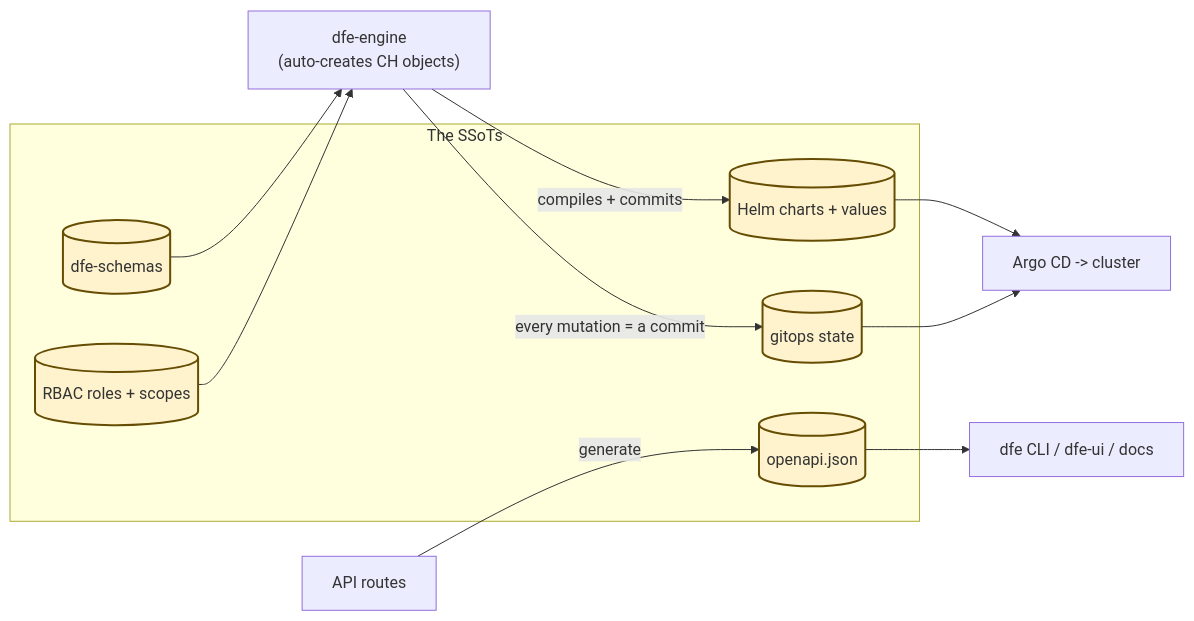
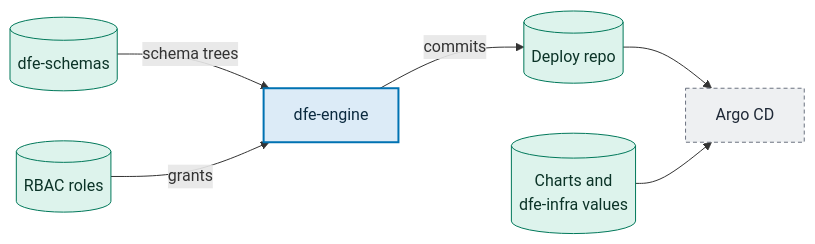
Before and after one commit to hyperi-io/dfe-engine: the second of 3 diagrams in docs/control-plane/README.md, drawn with Mermaid. The commit also changed other lines of this file and 71 other files, not shown here.

First line of the commit message:
docs(engine): fix 159 claims and redraw every diagram

````diff
--- a/docs/control-plane/README.md
+++ b/docs/control-plane/README.md
@@ -55,22 +59,30 @@
 ```mermaid
 flowchart LR
-    subgraph SSoT["The SSoTs"]
-        api[("openapi.json")]
-        schema[("dfe-schemas")]
-        helm[("Helm charts + values")]
-        state[("gitops state")]
-        rbac[("RBAC roles + scopes")]
-    end
+    accTitle: L4 Detail -- Control-plane sources of truth
+    accDescr: The engine reads the dfe-schemas trees and the RBAC roles, and commits overlays and config to the deploy repo. Argo CD syncs the deploy repo together with the charts and dfe-infra values.
 
-    routes["API routes"] -->|generate| api
-    api --> consumers["dfe CLI / dfe-ui / docs"]
-    schema --> engine["dfe-engine<br/>(auto-creates CH objects)"]
-    engine -->|compiles + commits| helm
-    engine -->|every mutation = a commit| state
-    helm --> argo["Argo CD -> cluster"]
-    state --> argo
-    rbac --> engine
+    schemas[("dfe-schemas")]
+    rbac[("RBAC roles")]
 
-    classDef ssot fill:#fff3cd,stroke:#664d03,stroke-width:2px;
-    class api,schema,helm,state,rbac ssot;
+    engine["dfe-engine"]
+
+    deploy[("Deploy repo")]
+    charts[("Charts and<br/>dfe-infra values")]
+
+    argo["Argo CD"]
+
+    schemas -->|schema trees| engine
+    rbac -->|grants| engine
+    engine -->|commits| deploy
+    engine ~~~ charts
+    deploy --> argo
+    charts --> argo
+
+    classDef default fill:#F8FAFC,stroke:#64748B,stroke-width:1px,color:#0F172A
+    classDef core fill:#DCEBF7,stroke:#0072B2,stroke-width:2px,color:#0B2A3F
+    classDef store fill:#DDF3EC,stroke:#00785A,stroke-width:1px,color:#0B3327
+    classDef ext fill:#EEF0F2,stroke:#6B7280,stroke-width:1px,stroke-dasharray:4 3,color:#1F2937
+    class engine core
+    class schemas,rbac,deploy,charts store
+    class argo ext
 ```
````
